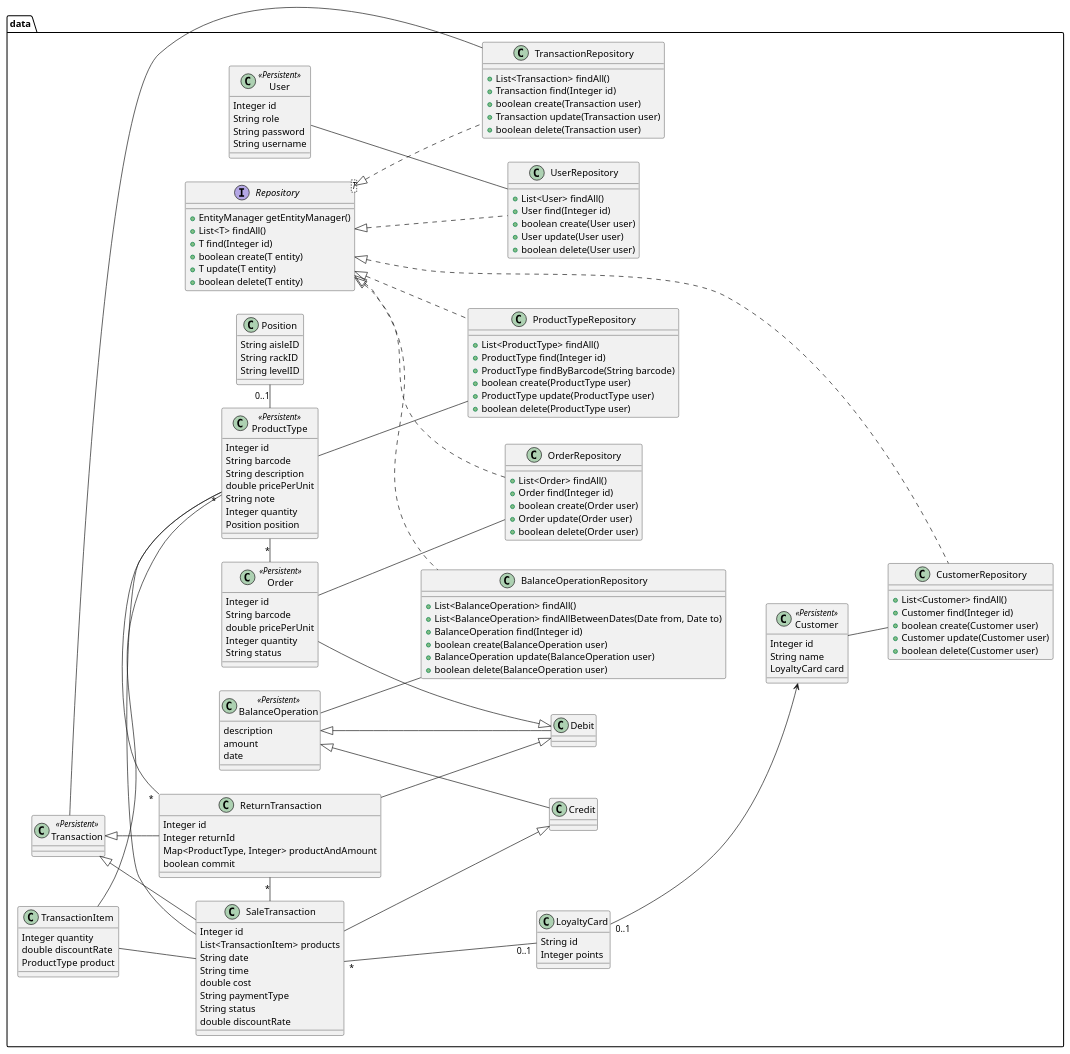
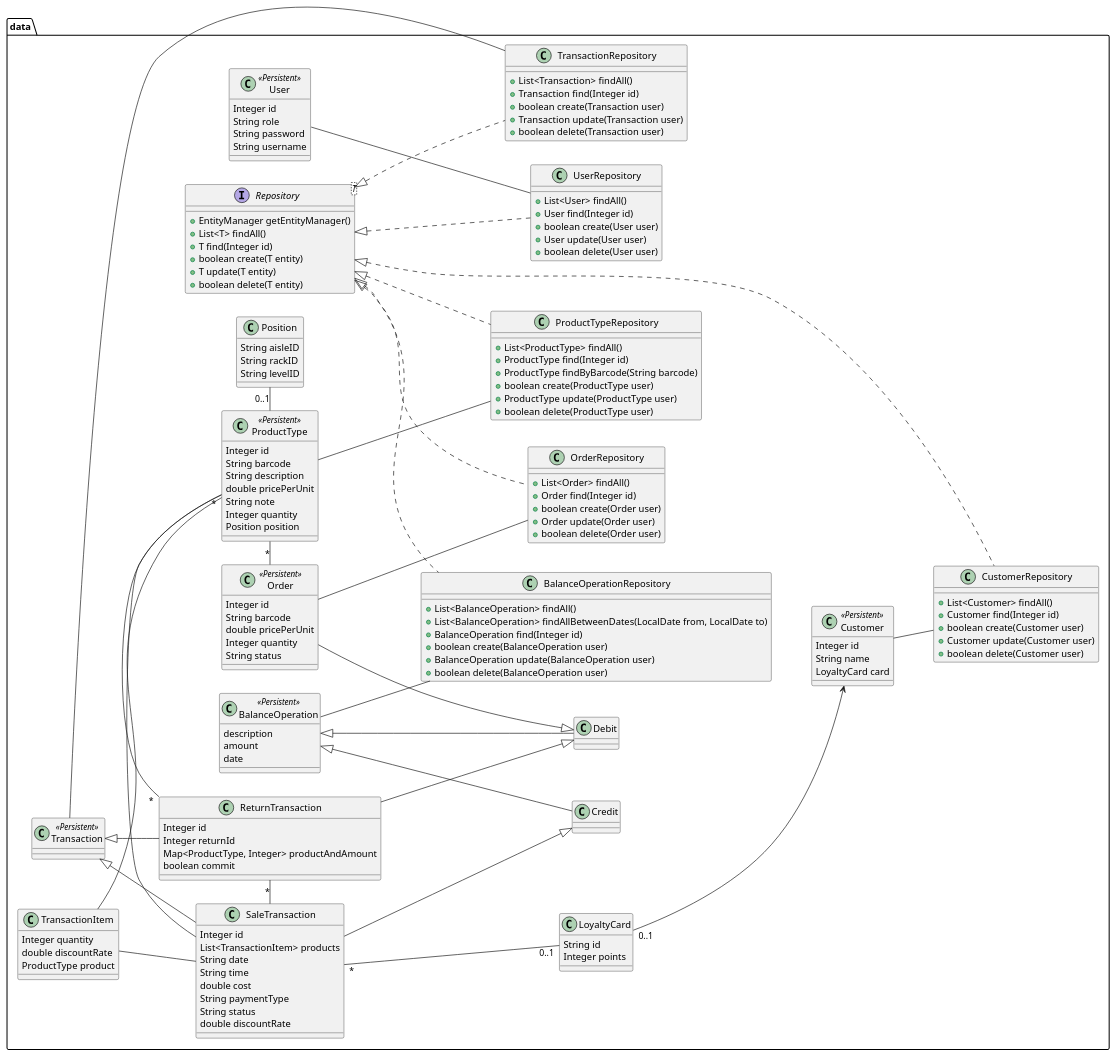
Before and after one commit to mspronesti/ezshop: the third of 11 diagrams in Deliverables/DesignDocument.md, drawn with PlantUML.

Commit message:
Fix: LocalDate

```diff
--- a/Deliverables/DesignDocument.md
+++ b/Deliverables/DesignDocument.md
@@ -208,7 +208,7 @@
 
     class BalanceOperationRepository implements Repository {
         +List<BalanceOperation> findAll()
-        +List<BalanceOperation> findAllBetweenDates(Date from, Date to)
+        +List<BalanceOperation> findAllBetweenDates(LocalDate from, LocalDate to)
         +BalanceOperation find(Integer id)
         +boolean create(BalanceOperation user)
         +BalanceOperation update(BalanceOperation user)
```
